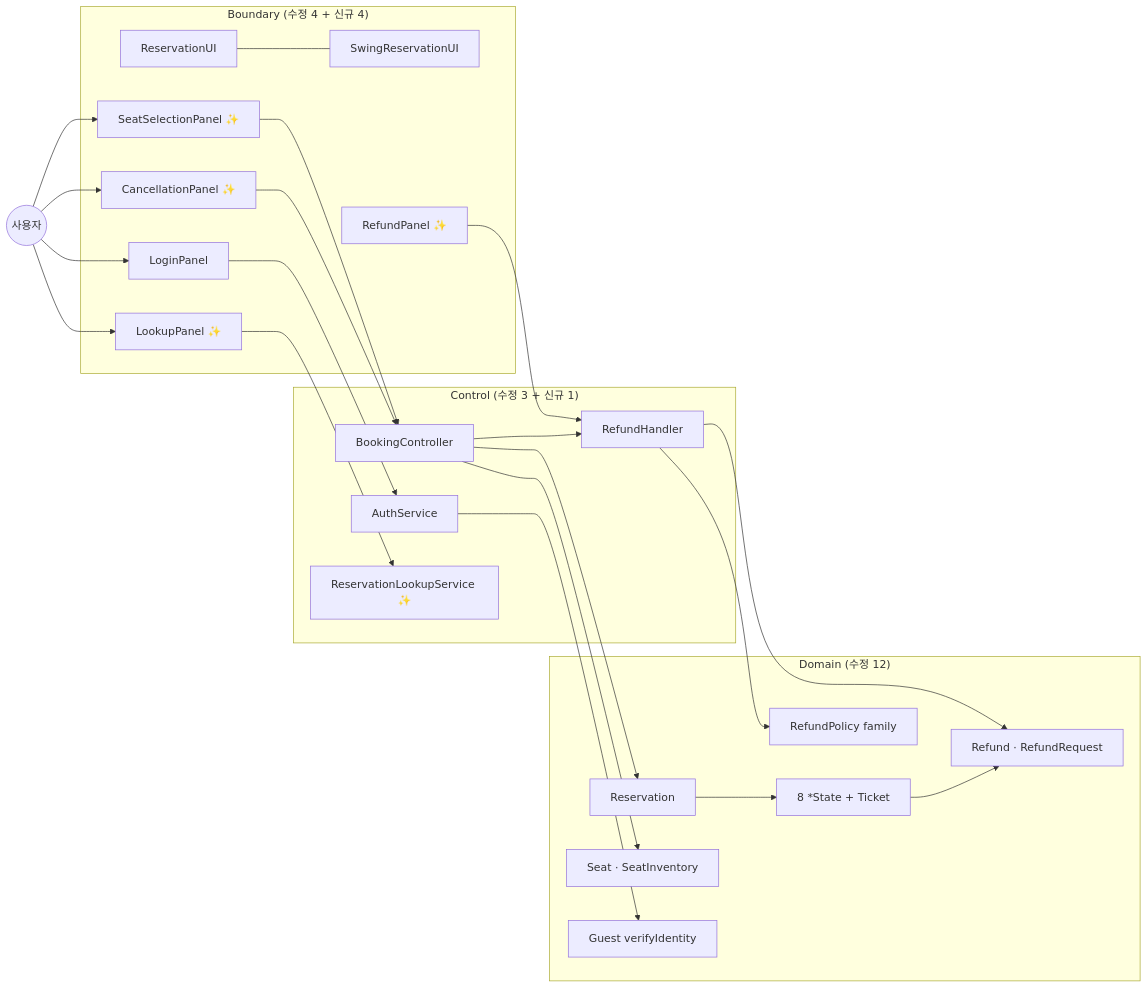
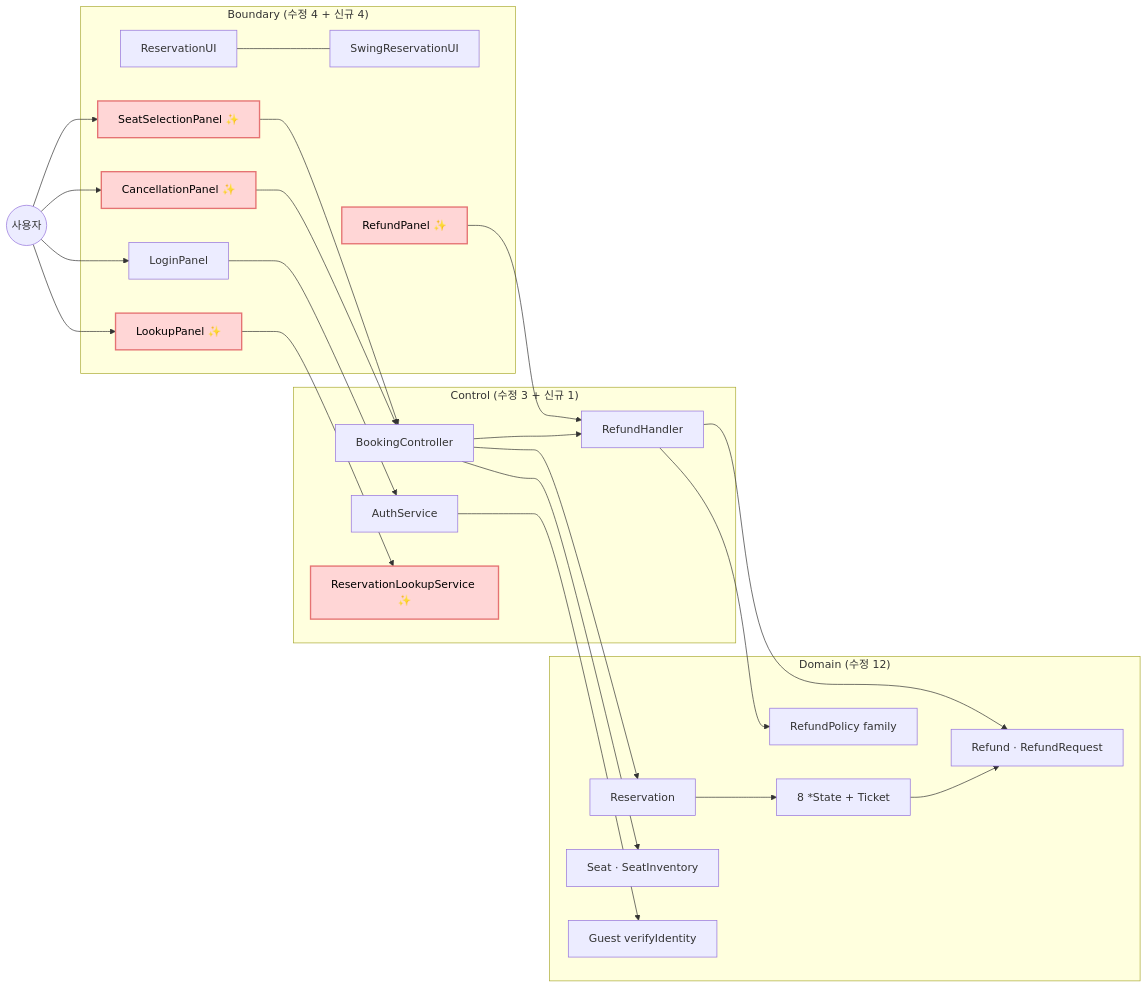
Before and after one commit to gimjungwook/KoreanAirReservationDomain: the first of 9 diagrams in docs/iteration-reports/iteration-2-ko.md, drawn with Mermaid. The commit also changed other lines of this file, not shown here.

Commit message:
docs(iter2): highlight iter-2 new nodes in red across diagrams

````diff
--- a/docs/iteration-reports/iteration-2-ko.md
+++ b/docs/iteration-reports/iteration-2-ko.md
@@ -132,49 +132,52 @@
 ```mermaid
 flowchart LR
     User((사용자))
 
     subgraph Boundary["Boundary (수정 4 + 신규 4)"]
         UI[ReservationUI]
         SwingUI[SwingReservationUI]
         Login[LoginPanel]
         New_Lookup[LookupPanel ✨]
         New_Seat[SeatSelectionPanel ✨]
         New_Cancel[CancellationPanel ✨]
         New_Refund[RefundPanel ✨]
     end
 
     subgraph Control["Control (수정 3 + 신규 1)"]
         BC[BookingController]
         AS[AuthService]
         RH[RefundHandler]
         New_RLS[ReservationLookupService ✨]
     end
 
     subgraph Domain["Domain (수정 12)"]
         R[Reservation]
         States[8 *State + Ticket]
         Refund[Refund · RefundRequest]
         Strategy[RefundPolicy family]
         Seat[Seat · SeatInventory]
         Guest[Guest verifyIdentity]
     end
 
     User --> Login
     User --> New_Lookup
     User --> New_Seat
     User --> New_Cancel
     UI --- SwingUI
     Login --> AS
     New_Lookup --> New_RLS
     New_Seat --> BC
     New_Cancel --> BC
     New_Refund --> RH
     BC --> R
     BC --> RH
     R --> States
     RH --> Strategy
     RH --> Refund
     States --> Refund
     BC --> Seat
     AS --> Guest
+
+    classDef newNode fill:#FFD6D6,stroke:#E57373,stroke-width:2px,color:#000
+    class New_Lookup,New_Seat,New_Cancel,New_Refund,New_RLS newNode
 ```
````
